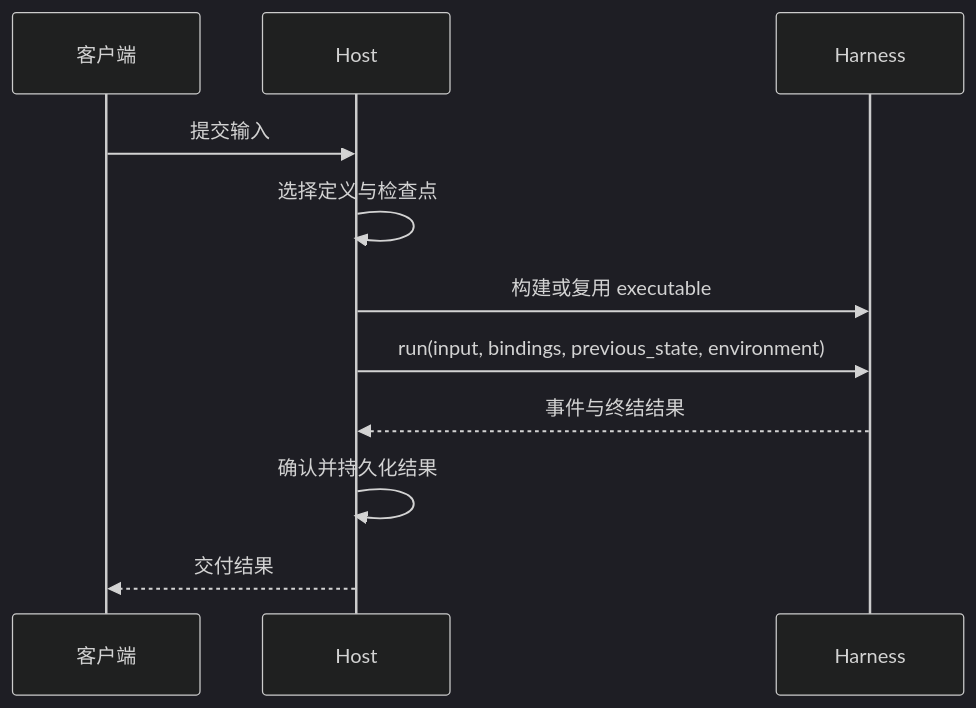
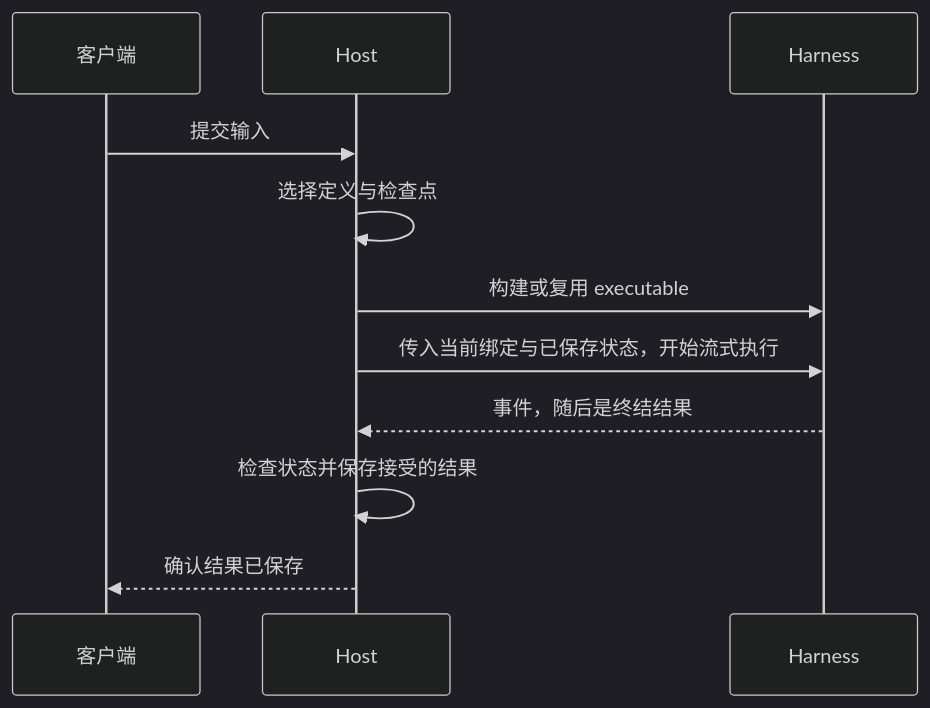
The diagram in docs/a13n-harness/hosting.zh-CN.md (Jarvis636431/agent-foundation), drawn with Mermaid (dark theme) before and after one commit. The commit also changed other lines of this file and 202 other files, not shown here.

````diff
--- a/docs/a13n-harness/hosting.zh-CN.md
+++ b/docs/a13n-harness/hosting.zh-CN.md
@@ -10,16 +25,16 @@
 ```mermaid
 sequenceDiagram
     participant Client as 客户端
     participant Host
     participant Harness
     Client->>Host: 提交输入
     Host->>Host: 选择定义与检查点
     Host->>Harness: 构建或复用 executable
-    Host->>Harness: run(input, bindings, previous_state, environment)
-    Harness-->>Host: 事件与终结结果
-    Host->>Host: 确认并持久化结果
-    Host-->>Client: 交付结果
+    Host->>Harness: 传入当前绑定与已保存状态，开始流式执行
+    Harness-->>Host: 事件，随后是终结结果
+    Host->>Host: 检查状态并保存接受的结果
+    Host-->>Client: 确认结果已保存
 
     %% class Client,Host app
     %% class Harness a13n
 ```
````
